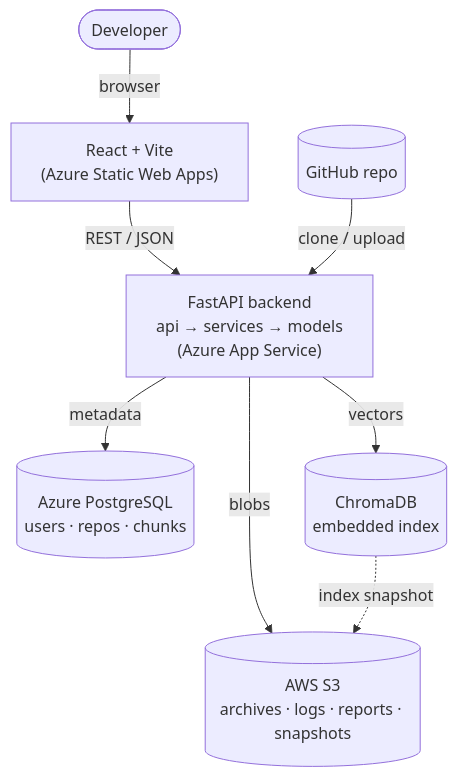
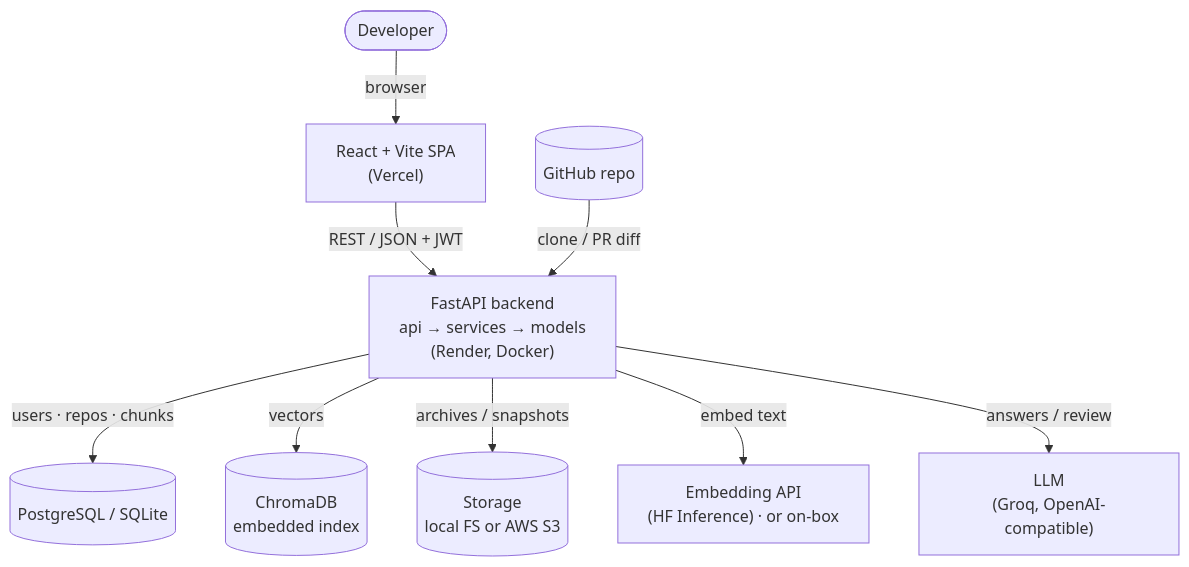
One commit to OmPatel1493/CODELENS changed the diagram in README.md. Above: the diagram before and after it, drawn with Mermaid. The commit also changed other lines of this file and 14 other files, not shown here.

Commit message:
add retrieval evaluation (Recall@k/MRR/MAP) and dependency-graph visualization

````diff
--- a/README.md
+++ b/README.md
@@ -54,10 +60,11 @@
 ```mermaid
 flowchart TD
-    U([Developer]) -->|browser| FE["React + Vite<br/>(Azure Static Web Apps)"]
-    FE -->|REST / JSON| API["FastAPI backend<br/>api → services → models<br/>(Azure App Service)"]
-    GH[(GitHub repo)] -->|clone / upload| API
-    API -->|metadata| PG[("Azure PostgreSQL<br/>users · repos · chunks")]
+    U([Developer]) -->|browser| FE["React + Vite SPA<br/>(Vercel)"]
+    FE -->|REST / JSON + JWT| API["FastAPI backend<br/>api → services → models<br/>(Render, Docker)"]
+    GH[(GitHub repo)] -->|clone / PR diff| API
+    API -->|users · repos · chunks| DB[("PostgreSQL / SQLite")]
     API -->|vectors| CH[("ChromaDB<br/>embedded index")]
-    API -->|blobs| S3[("AWS S3<br/>archives · logs · reports · snapshots")]
-    CH -. index snapshot .-> S3
+    API -->|archives / snapshots| ST[("Storage<br/>local FS or AWS S3")]
+    API -->|embed text| EMB["Embedding API<br/>(HF Inference) · or on-box"]
+    API -->|answers / review| LLM["LLM<br/>(Groq, OpenAI-compatible)"]
 ```
````
